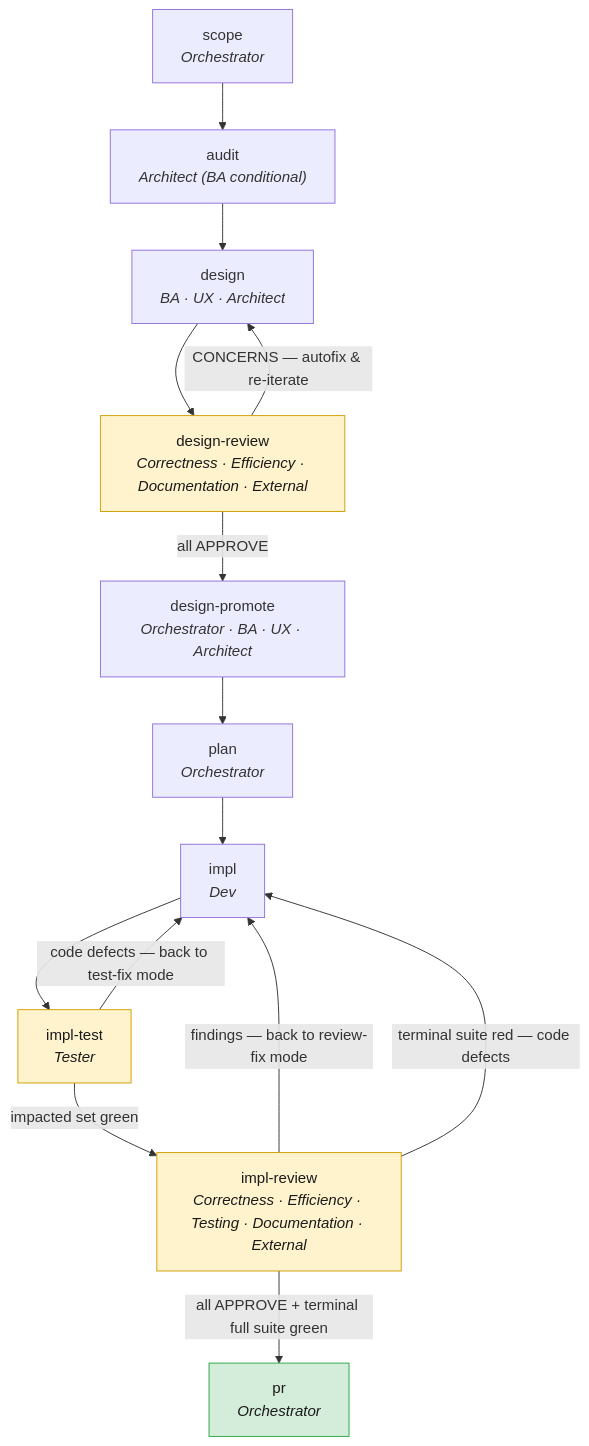
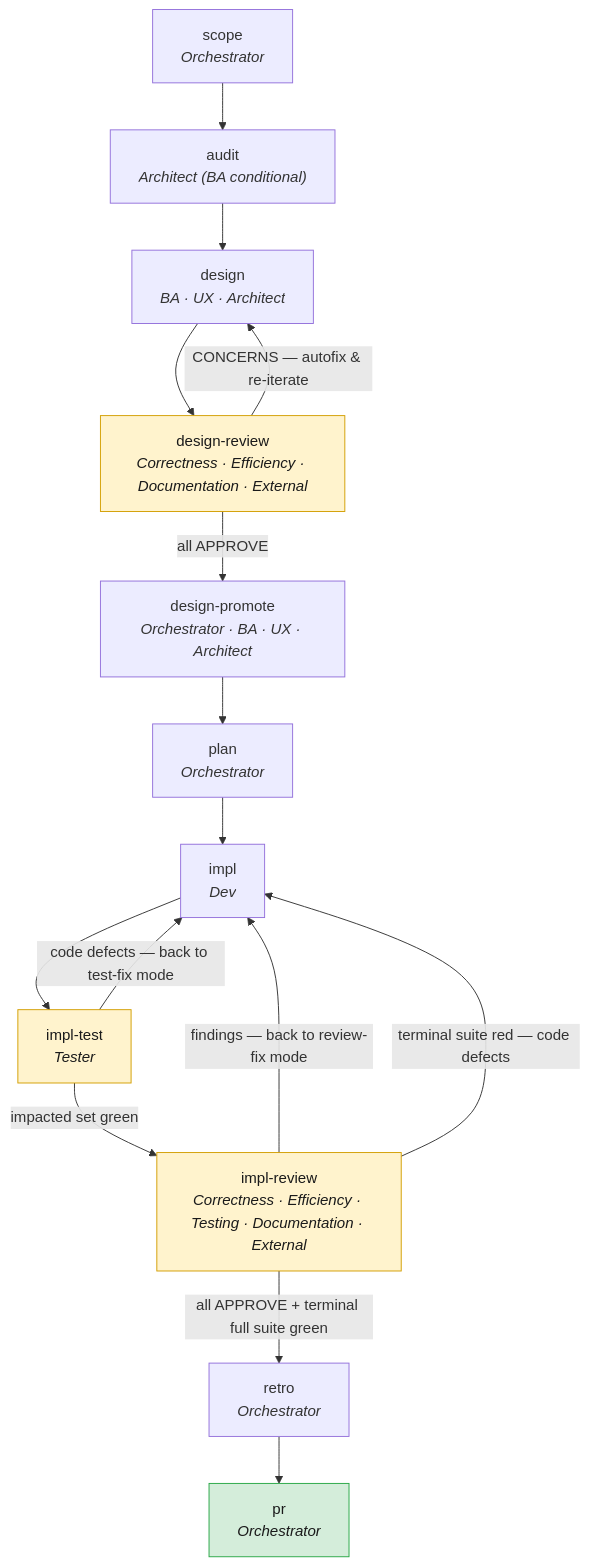
One commit to LordKuper/agentic-software-development changed the diagram in README.md. Above: the diagram before and after it, drawn with Mermaid. The commit also changed other lines of this file and 72 other files, not shown here.

````diff
--- a/README.md
+++ b/README.md
@@ -132,21 +132,22 @@
 ```mermaid
 flowchart TD
     scope["scope<br/><i>Orchestrator</i>"] --> audit["audit<br/><i>Architect (BA conditional)</i>"]
     audit --> design["design<br/><i>BA · UX · Architect</i>"]
     design --> dreview["design-review<br/><i>Correctness · Efficiency · Documentation · External</i>"]
     dreview -->|CONCERNS — autofix & re-iterate| design
     dreview -->|all APPROVE| dpromote["design-promote<br/><i>Orchestrator · BA · UX · Architect</i>"]
     dpromote --> plan["plan<br/><i>Orchestrator</i>"]
     plan --> impl["impl<br/><i>Dev</i>"]
     impl --> itest["impl-test<br/><i>Tester</i>"]
     itest -->|code defects — back to test-fix mode| impl
     itest -->|impacted set green| ireview["impl-review<br/><i>Correctness · Efficiency · Testing · Documentation · External</i>"]
     ireview -->|findings — back to review-fix mode| impl
     ireview -->|terminal suite red — code defects| impl
-    ireview -->|all APPROVE + terminal full suite green| pr["pr<br/><i>Orchestrator</i>"]
+    ireview -->|all APPROVE + terminal full suite green| retro["retro<br/><i>Orchestrator</i>"]
+    retro --> pr["pr<br/><i>Orchestrator</i>"]
 
     classDef review fill:#fff3cd,stroke:#d39e00,color:#1a1a1a;
     classDef done fill:#d4edda,stroke:#28a745,color:#1a1a1a;
     class dreview,ireview,itest review;
     class pr done;
 ```
````
